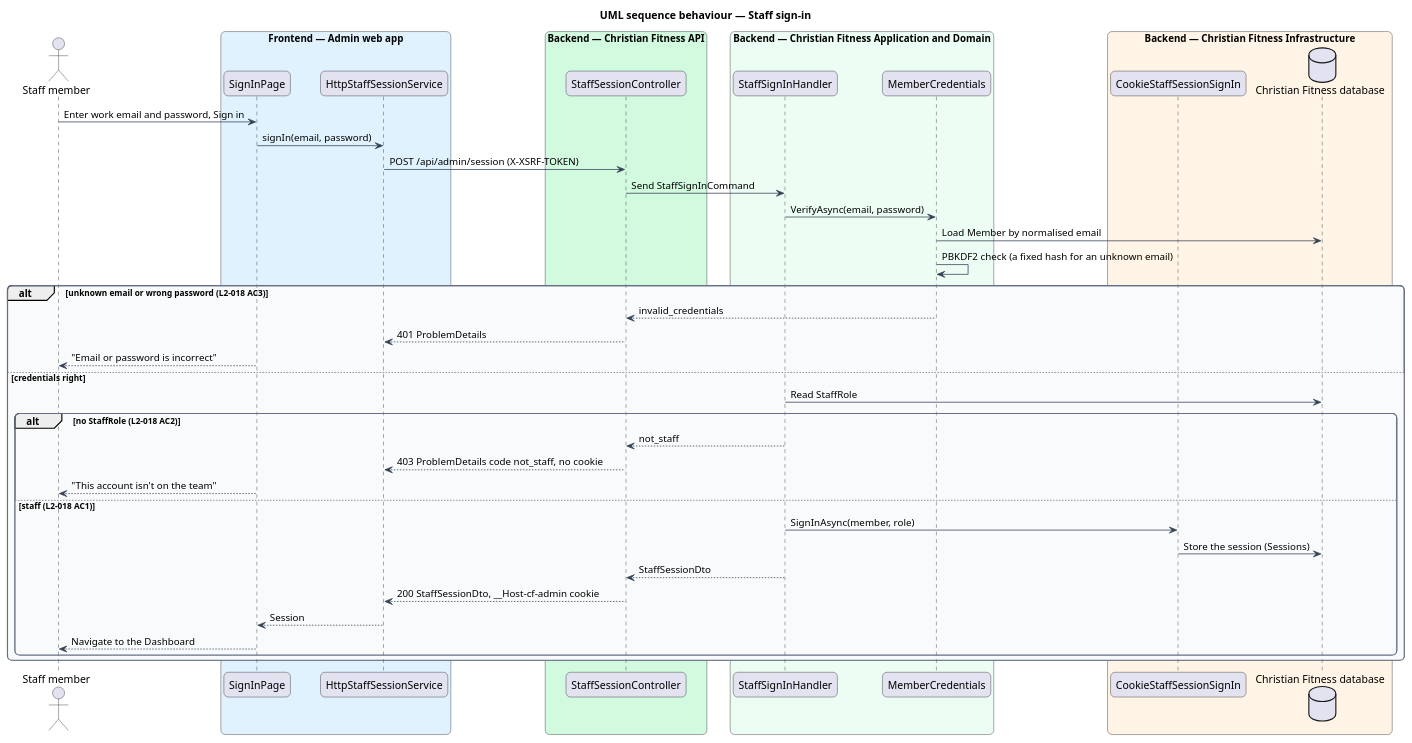
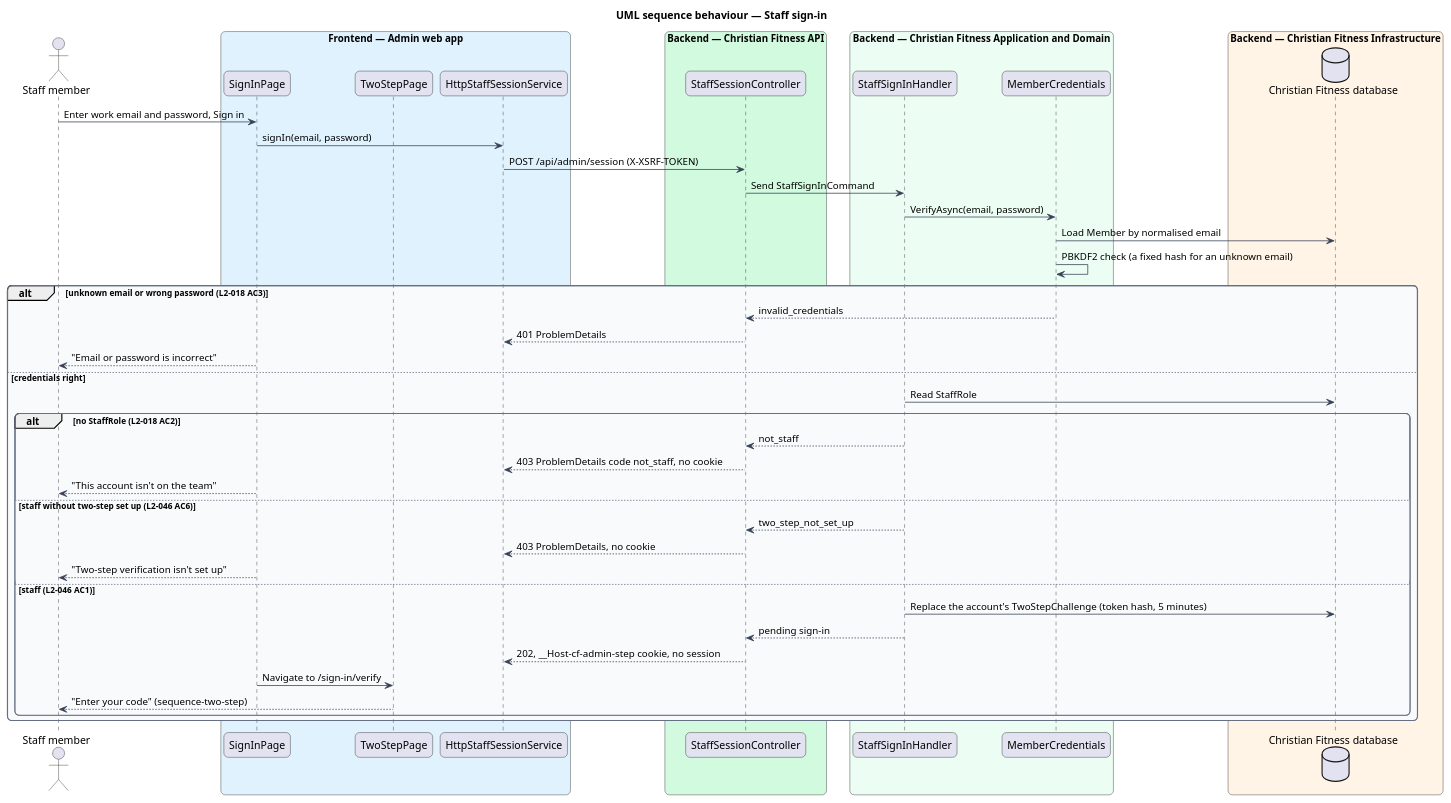
One commit to QuinntyneBrown/christian-fitness changed the diagram in docs/detailed-designs/admin-access/admin-sign-in/diagrams/sequence-sign-in.puml. Above: the diagram before and after it, drawn with PlantUML. The commit also changed 28 other files, not shown here.

First line of the commit message:
Design slice 9.2: two-step verification

```diff
--- a/docs/detailed-designs/admin-access/admin-sign-in/diagrams/sequence-sign-in.puml
+++ b/docs/detailed-designs/admin-access/admin-sign-in/diagrams/sequence-sign-in.puml
@@ -1,59 +1,62 @@
 @startuml
 title UML sequence behaviour — Staff sign-in
 skinparam backgroundColor #FFFFFF
 skinparam shadowing false
 skinparam roundcorner 12
 skinparam defaultFontName Arial
 skinparam ArrowColor #344054
 skinparam rectangle {
   BorderColor #344054
   FontColor #101828
 }
 skinparam package {
   BorderColor #667085
   FontColor #101828
   BackgroundColor #F9FAFB
 }
 actor "Staff member" as actor
 box "Frontend — Admin web app" #E0F2FE
   participant "SignInPage" as page
+  participant "TwoStepPage" as step
   participant "HttpStaffSessionService" as client
 end box
 box "Backend — Christian Fitness API" #D1FADF
   participant "StaffSessionController" as ctrl
 end box
 box "Backend — Christian Fitness Application and Domain" #ECFDF3
   participant "StaffSignInHandler" as handler
   participant "MemberCredentials" as creds
 end box
 box "Backend — Christian Fitness Infrastructure" #FFF4E5
-  participant "CookieStaffSessionSignIn" as cookie
   database "Christian Fitness database" as db
 end box
 actor -> page : Enter work email and password, Sign in
 page -> client : signIn(email, password)
 client -> ctrl : POST /api/admin/session (X-XSRF-TOKEN)
 ctrl -> handler : Send StaffSignInCommand
 handler -> creds : VerifyAsync(email, password)
 creds -> db : Load Member by normalised email
 creds -> creds : PBKDF2 check (a fixed hash for an unknown email)
 alt unknown email or wrong password (L2-018 AC3)
   creds --> ctrl : invalid_credentials
   ctrl --> client : 401 ProblemDetails
   page --> actor : "Email or password is incorrect"
 else credentials right
   handler -> db : Read StaffRole
   alt no StaffRole (L2-018 AC2)
     handler --> ctrl : not_staff
     ctrl --> client : 403 ProblemDetails code not_staff, no cookie
     page --> actor : "This account isn't on the team"
-  else staff (L2-018 AC1)
-    handler -> cookie : SignInAsync(member, role)
-    cookie -> db : Store the session (Sessions)
-    handler --> ctrl : StaffSessionDto
-    ctrl --> client : 200 StaffSessionDto, __Host-cf-admin cookie
-    client --> page : Session
-    page --> actor : Navigate to the Dashboard
+  else staff without two-step set up (L2-046 AC6)
+    handler --> ctrl : two_step_not_set_up
+    ctrl --> client : 403 ProblemDetails, no cookie
+    page --> actor : "Two-step verification isn't set up"
+  else staff (L2-046 AC1)
+    handler -> db : Replace the account's TwoStepChallenge (token hash, 5 minutes)
+    handler --> ctrl : pending sign-in
+    ctrl --> client : 202, __Host-cf-admin-step cookie, no session
+    page -> step : Navigate to /sign-in/verify
+    step --> actor : "Enter your code" (sequence-two-step)
   end
 end
 @enduml
```
